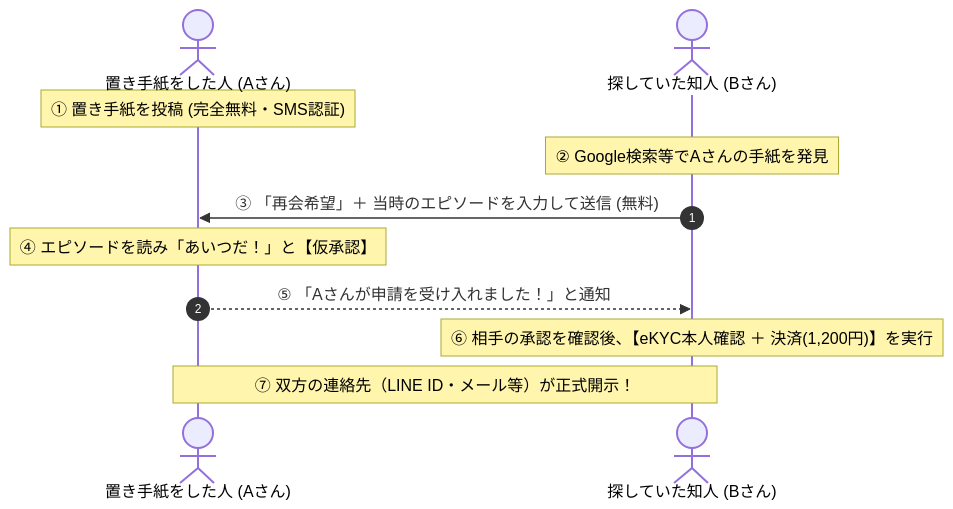
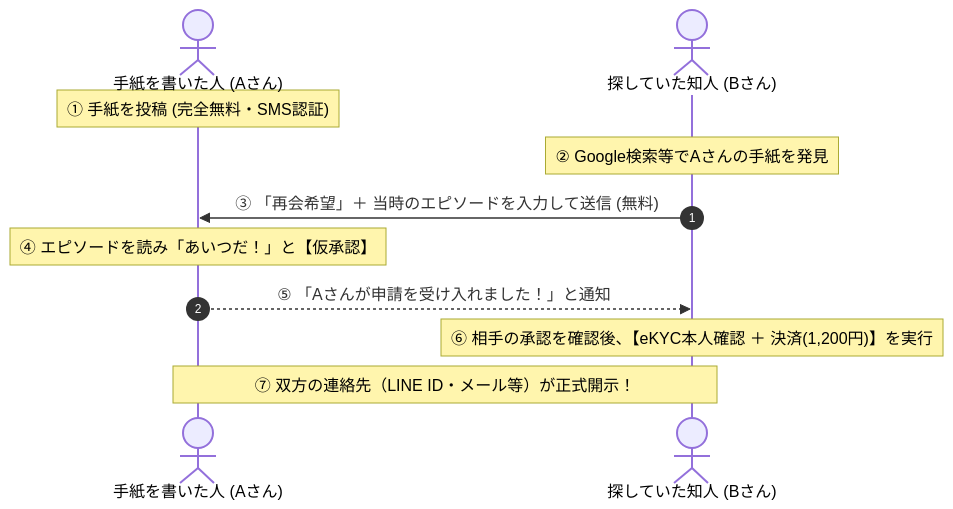
One commit to honmatakashi-beep/remeets_seekme changed the diagram in SEEKME_MASTER_SPEC.md. Above: the diagram before and after it, drawn with Mermaid. The commit also changed other lines of this file and 6 other files, not shown here.

````diff
--- a/SEEKME_MASTER_SPEC.md
+++ b/SEEKME_MASTER_SPEC.md
@@ -43,14 +43,14 @@
 ```mermaid
 sequenceDiagram
     autonumber
-    actor A as 置き手紙をした人 (Aさん)
+    actor A as 手紙を書いた人 (Aさん)
     actor B as 探していた知人 (Bさん)
     
-    Note over A: ① 置き手紙を投稿 (完全無料・SMS認証)
+    Note over A: ① 手紙を投稿 (完全無料・SMS認証)
     Note over B: ② Google検索等でAさんの手紙を発見
     B->>A: ③ 「再会希望」＋ 当時のエピソードを入力して送信 (無料)
     Note over A: ④ エピソードを読み「あいつだ！」と【仮承認】
     A-->>B: ⑤ 「Aさんが申請を受け入れました！」と通知
     Note over B: ⑥ 相手の承認を確認後、【eKYC本人確認 ＋ 決済(1,200円)】を実行
     Note over A,B: ⑦ 双方の連絡先（LINE ID・メール等）が正式開示！
 ```
````
